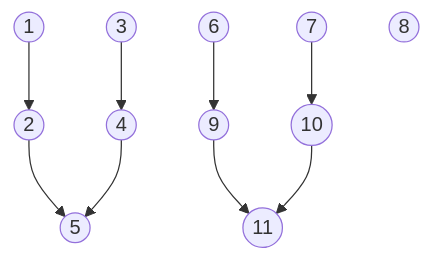
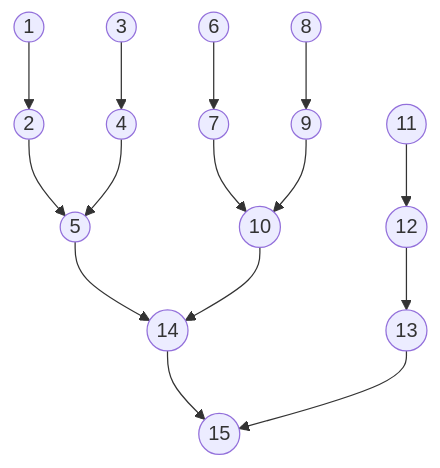
One commit to TreasuredQuartz/TreasuredCove changed the first of 2 diagrams in Documentation/Treasured_GDD/Proficiency Trees.md. Above: the diagram before and after it, drawn with Mermaid. The commit also changed other lines of this file and 117 other files, not shown here.

````diff
--- a/Documentation/Treasured_GDD/Proficiency Trees.md
+++ b/Documentation/Treasured_GDD/Proficiency Trees.md
@@ -31,15 +31,26 @@
 ```mermaid
 graph TD;
+%% Fingers
 	id1((1)) --> id2((2));
 	id2((2)) --> id5((5));
 	
 	id3((3)) --> id4((4));
 	id4((4)) --> id5((5));
 
-	id6((6)) --> id9((9));
+	id6((6)) --> id7((7));
 	id7((7)) --> id10((10));
-	id8((8));
 	
-	id9((9)) --> id11((11));
-	id10((10)) --> id11((11));
+	id8((8)) --> id9((9));
+	id9((9)) --> id10((10));
+	
+	id11((11)) --> id12((12));
+	id12((12)) --> id13((13));
+	
+%% Palm
+    id5((5)) --> id14((14));
+    id10((10)) --> id14((14));
+    
+    id14((14)) --> id15((15));
+    id13((13)) --> id15((15));
+
 ```
````
